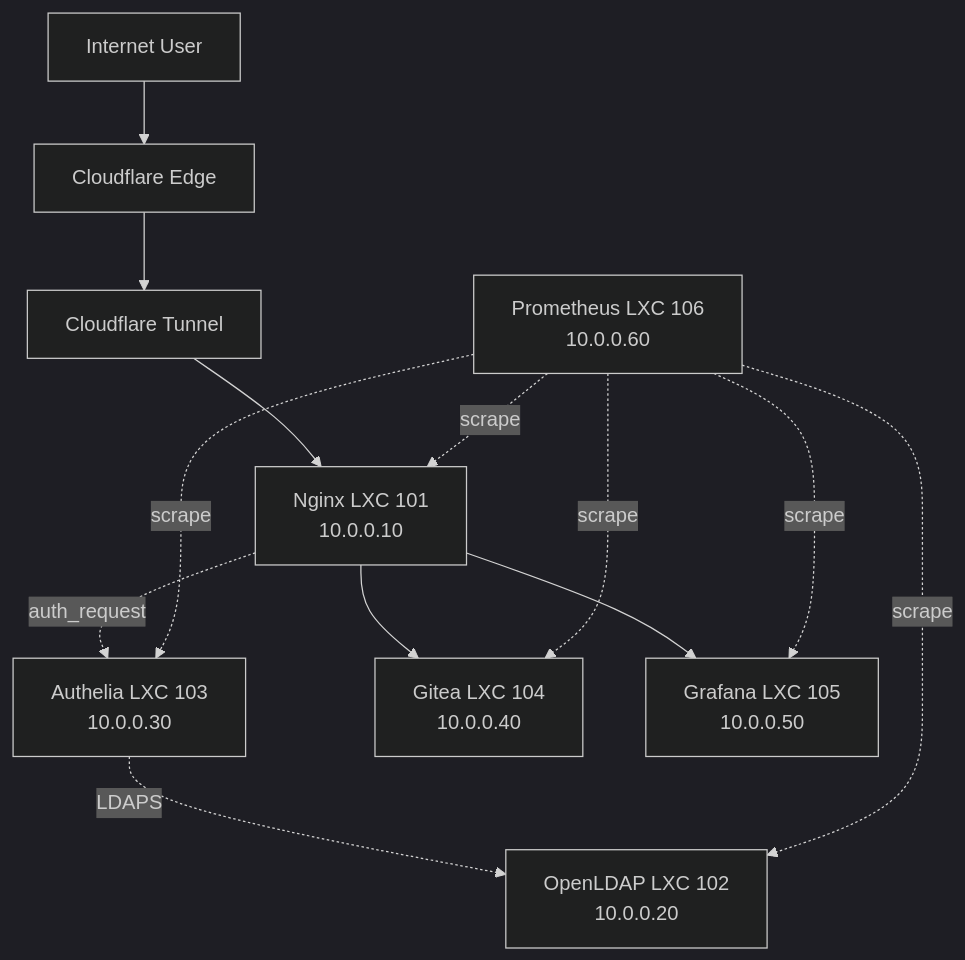
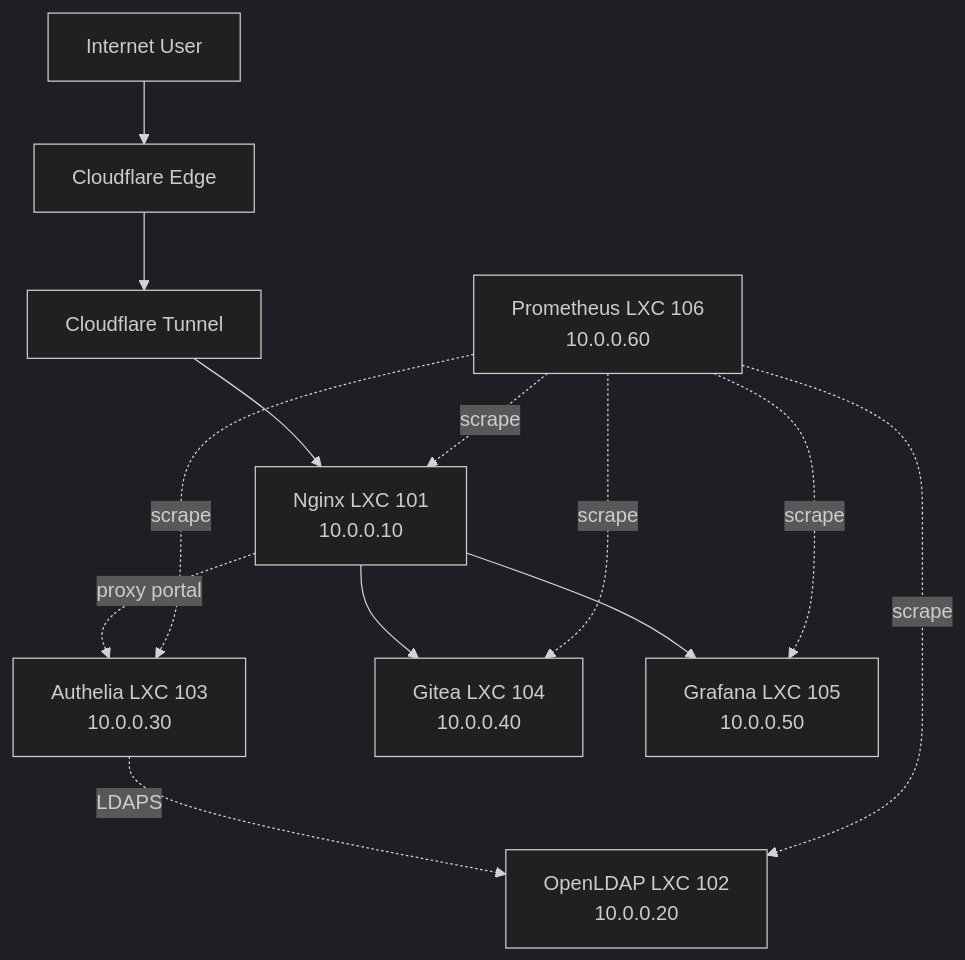
Before and after one commit to dmaljkovic/proxmox-homelab: the diagram in docs/index.md, drawn with Mermaid (dark theme). The commit also changed 10 other files, not shown here.

Commit message:
Update docs for Phase 5: Gitea OIDC SSO, drop Nginx auth_request

````diff
--- a/docs/index.md
+++ b/docs/index.md
@@ -36,15 +36,15 @@
 ```mermaid
 graph TB
     User[Internet User] --> CF[Cloudflare Edge]
     CF --> Tunnel[Cloudflare Tunnel]
     Tunnel --> Nginx[Nginx LXC 101<br/>10.0.0.10]
-    Nginx -.->|auth_request| Authelia[Authelia LXC 103<br/>10.0.0.30]
+    Nginx -.->|proxy portal| Authelia[Authelia LXC 103<br/>10.0.0.30]
     Authelia -.->|LDAPS| LDAP[OpenLDAP LXC 102<br/>10.0.0.20]
     Nginx --> Gitea[Gitea LXC 104<br/>10.0.0.40]
     Nginx --> Grafana[Grafana LXC 105<br/>10.0.0.50]
     Prom[Prometheus LXC 106<br/>10.0.0.60] -.->|scrape| Nginx
     Prom -.->|scrape| Gitea
     Prom -.->|scrape| Grafana
     Prom -.->|scrape| Authelia
     Prom -.->|scrape| LDAP
 ```
````
